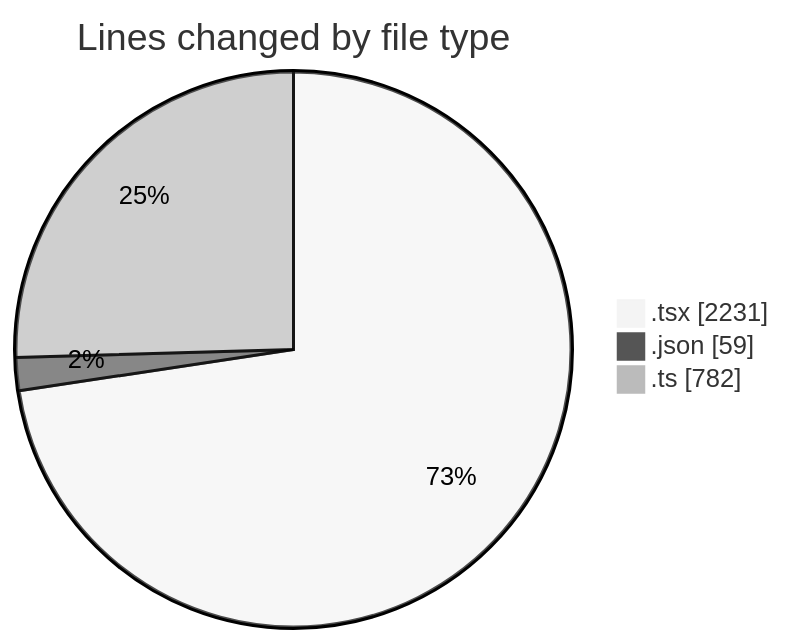
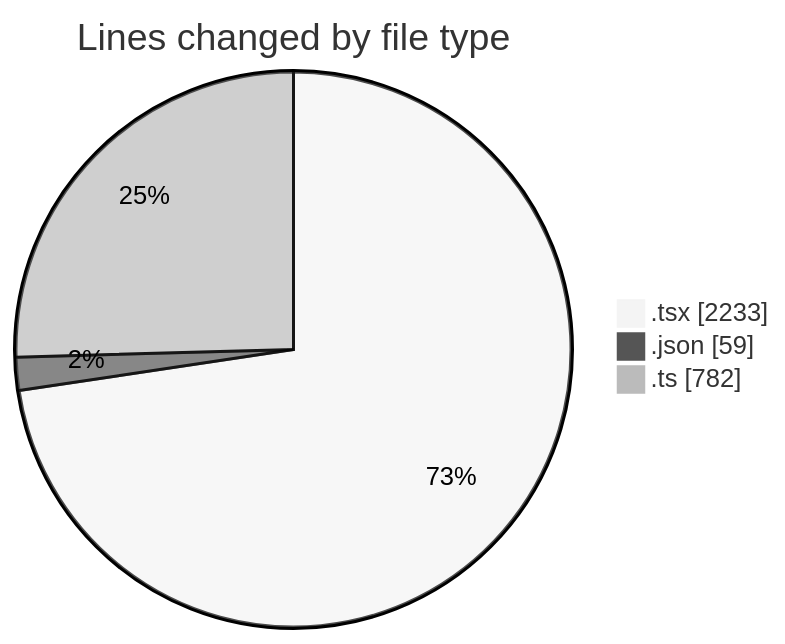
One commit to momahboobian/code-tracking changed the first of 2 diagrams in 2025-11-24/cda/README.md. Above: the diagram before and after it, drawn with Mermaid (neutral theme). The commit also changed other lines of this file and 1 other file, not shown here.

````diff
--- a/2025-11-24/cda/README.md
+++ b/2025-11-24/cda/README.md
@@ -31,7 +31,7 @@
 ```mermaid
 pie showData
 title Lines changed by file type
-".tsx" : 2231
+".tsx" : 2233
 ".json" : 59
 ".ts" : 782
 ```
````
